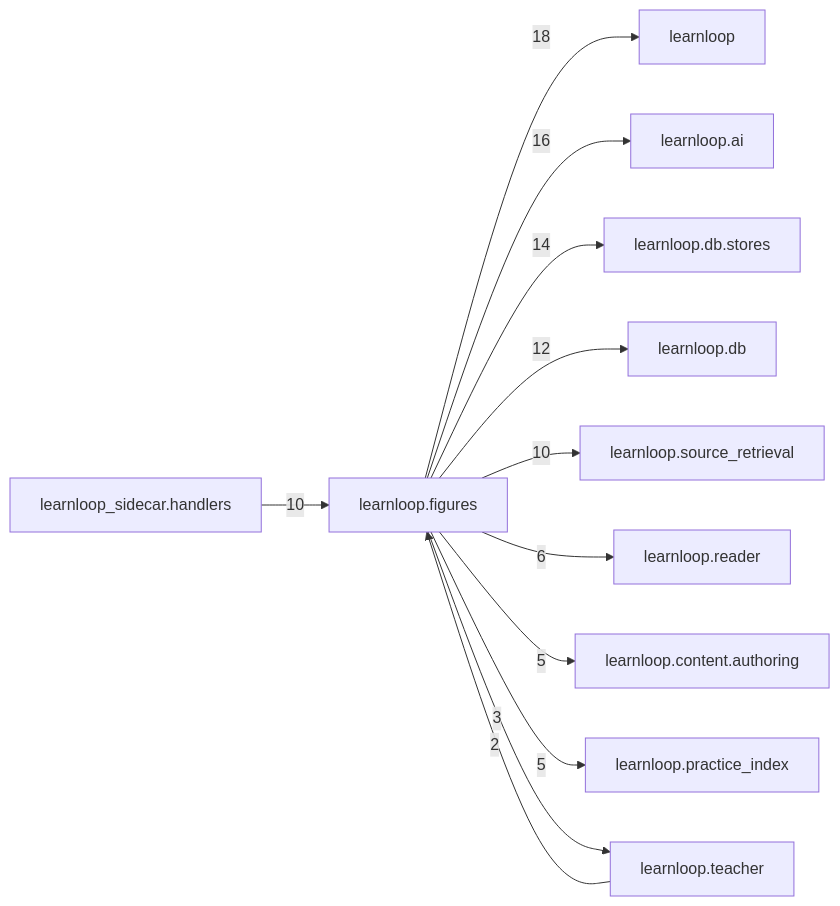
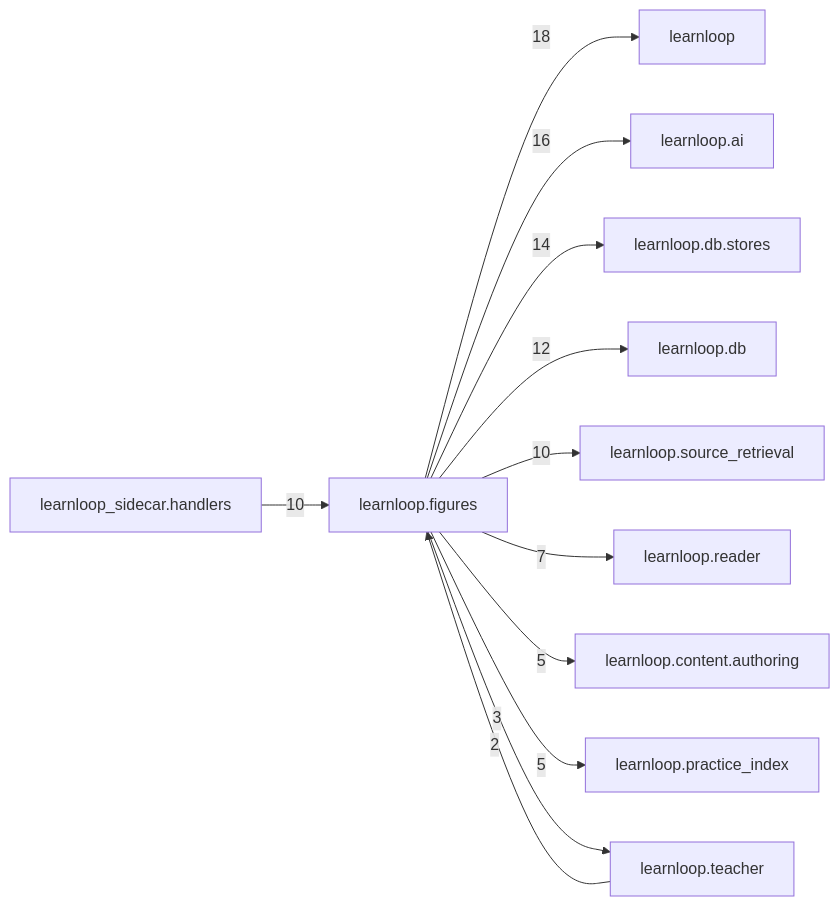
The diagram in docs/learnloop-architecture-vault/Reference/Modules/learnloop/figures/_package.md (6up-b/learnanything), drawn with Mermaid before and after one commit. The commit also changed other lines of this file and 29 other files, not shown here.

````diff
--- a/docs/learnloop-architecture-vault/Reference/Modules/learnloop/figures/_package.md
+++ b/docs/learnloop-architecture-vault/Reference/Modules/learnloop/figures/_package.md
@@ -126,25 +128,25 @@
 ```mermaid
 flowchart LR
     center["learnloop.figures"]
     n_learnloop["learnloop"]
     n_learnloop_ai["learnloop.ai"]
     n_learnloop_db_stores["learnloop.db.stores"]
     n_learnloop_db["learnloop.db"]
     n_learnloop_source_retrieval["learnloop.source_retrieval"]
     n_learnloop_sidecar_handlers["learnloop_sidecar.handlers"]
     n_learnloop_reader["learnloop.reader"]
     n_learnloop_content_authoring["learnloop.content.authoring"]
     n_learnloop_practice_index["learnloop.practice_index"]
     n_learnloop_teacher["learnloop.teacher"]
     center -->|18| n_learnloop
     center -->|16| n_learnloop_ai
     center -->|14| n_learnloop_db_stores
     center -->|12| n_learnloop_db
     center -->|10| n_learnloop_source_retrieval
     n_learnloop_sidecar_handlers -->|10| center
-    center -->|6| n_learnloop_reader
+    center -->|7| n_learnloop_reader
     center -->|5| n_learnloop_content_authoring
     center -->|5| n_learnloop_practice_index
     n_learnloop_teacher -->|2| center
     center -->|3| n_learnloop_teacher
 ```
````
